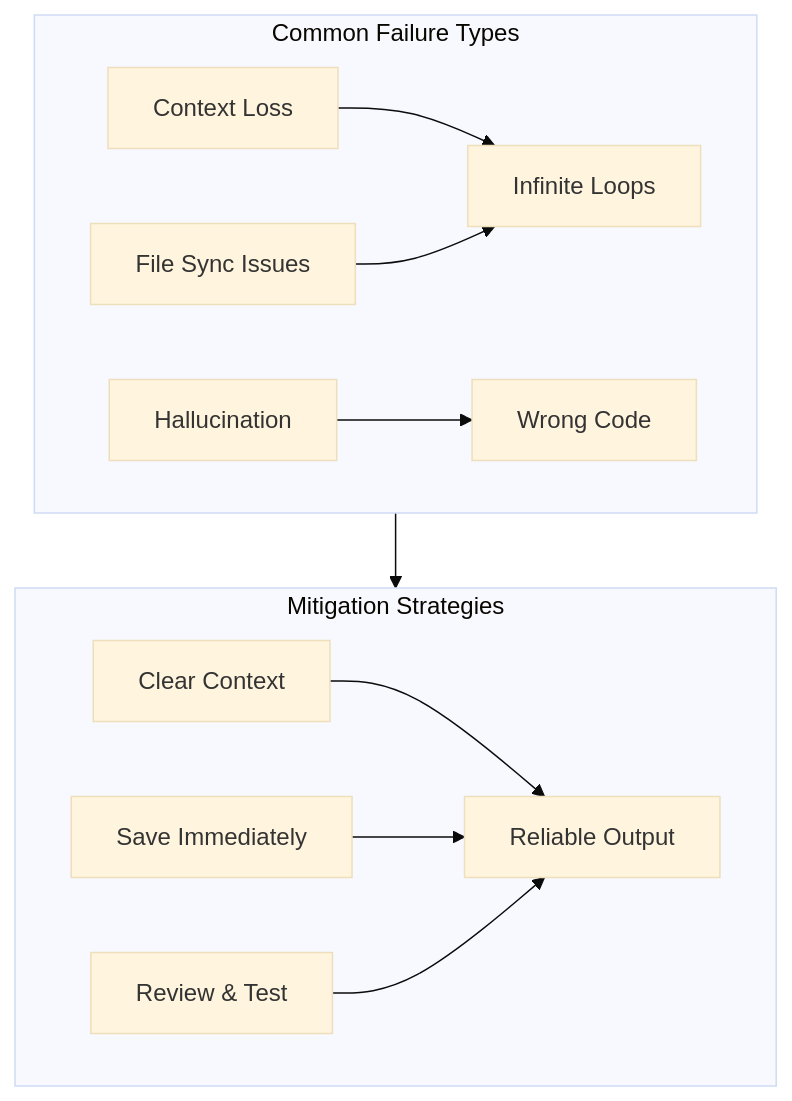
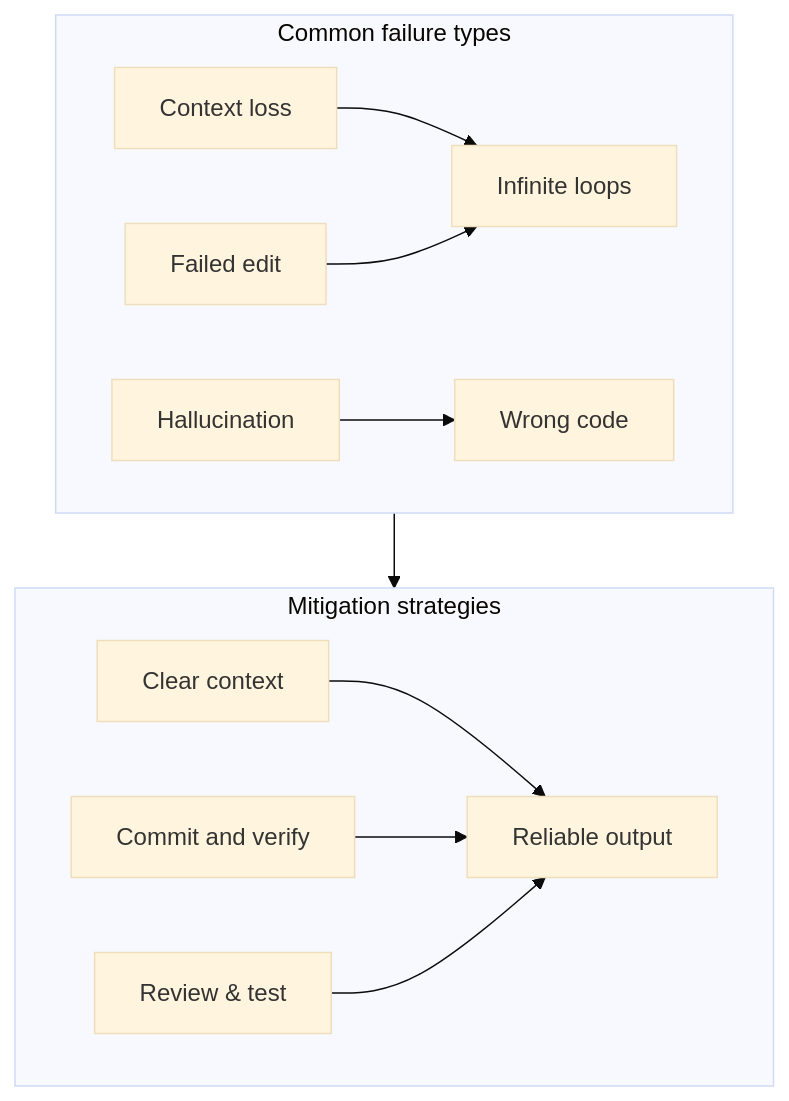
The diagram in docs/3-understanding-agent-mistakes.md (cursor-estonia/lab-materials), drawn with Mermaid (base theme) before and after one commit. The commit also changed other lines of this file and 4 other files, not shown here.

````diff
--- a/docs/3-understanding-agent-mistakes.md
+++ b/docs/3-understanding-agent-mistakes.md
@@ -23,16 +23,16 @@
 ```mermaid
 flowchart TB
-    subgraph FAILURES["Common Failure Types"]
-        A[Context Loss] --> D[Infinite Loops]
-        B[File Sync Issues] --> D
-        C[Hallucination] --> E[Wrong Code]
+    subgraph FAILURES["Common failure types"]
+        A[Context loss] --> D[Infinite loops]
+        B[Failed edit] --> D
+        C[Hallucination] --> E[Wrong code]
     end
 
-    subgraph MITIGATIONS["Mitigation Strategies"]
-        F[Clear Context] --> I[Reliable Output]
-        G[Save Immediately] --> I
-        H[Review & Test] --> I
+    subgraph MITIGATIONS["Mitigation strategies"]
+        F[Clear context] --> I[Reliable output]
+        G[Commit and verify] --> I
+        H[Review & test] --> I
     end
 
     FAILURES --> MITIGATIONS
 ```
````
